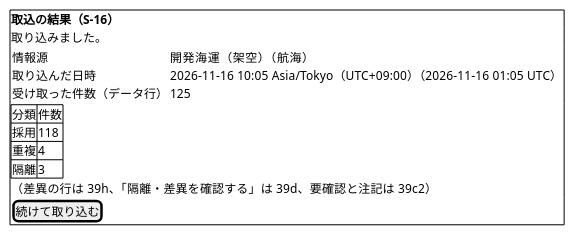
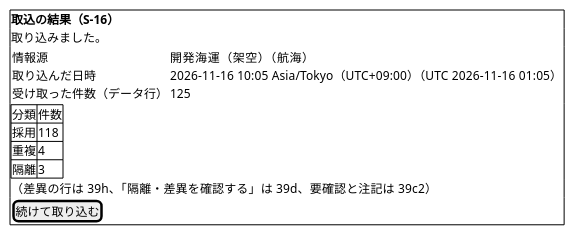
One commit to k2works/practical-domain-driven-design-in-enterpris-application changed the fourth of 5 diagrams in docs/development/cargo-tracker/bolt_39c_plan.md. Above: the diagram before and after it, drawn with PlantUML. The commit also changed other lines of this file and 2 other files, not shown here.

````diff
--- a/docs/development/cargo-tracker/bolt_39c_plan.md
+++ b/docs/development/cargo-tracker/bolt_39c_plan.md
@@ -236,21 +245,21 @@
 ```plantuml
 @startsalt
 {+
   <b>取込の結果（S-16）
   取り込みました。
   {
     情報源 | 開発海運（架空）（航海）
-    取り込んだ日時 | 2026-11-16 10:05 Asia/Tokyo（UTC+09:00）（2026-11-16 01:05 UTC）
+    取り込んだ日時 | 2026-11-16 10:05 Asia/Tokyo（UTC+09:00）（UTC 2026-11-16 01:05）
     受け取った件数（データ行） | 125
   }
   {#
     分類 | 件数
     採用 | 118
     重複 | 4
     隔離 | 3
   }
   （差異の行は 39h、「隔離・差異を確認する」は 39d、要確認と注記は 39c2）
   [ 続けて取り込む ]
 }
 @endsalt
 ```
````
